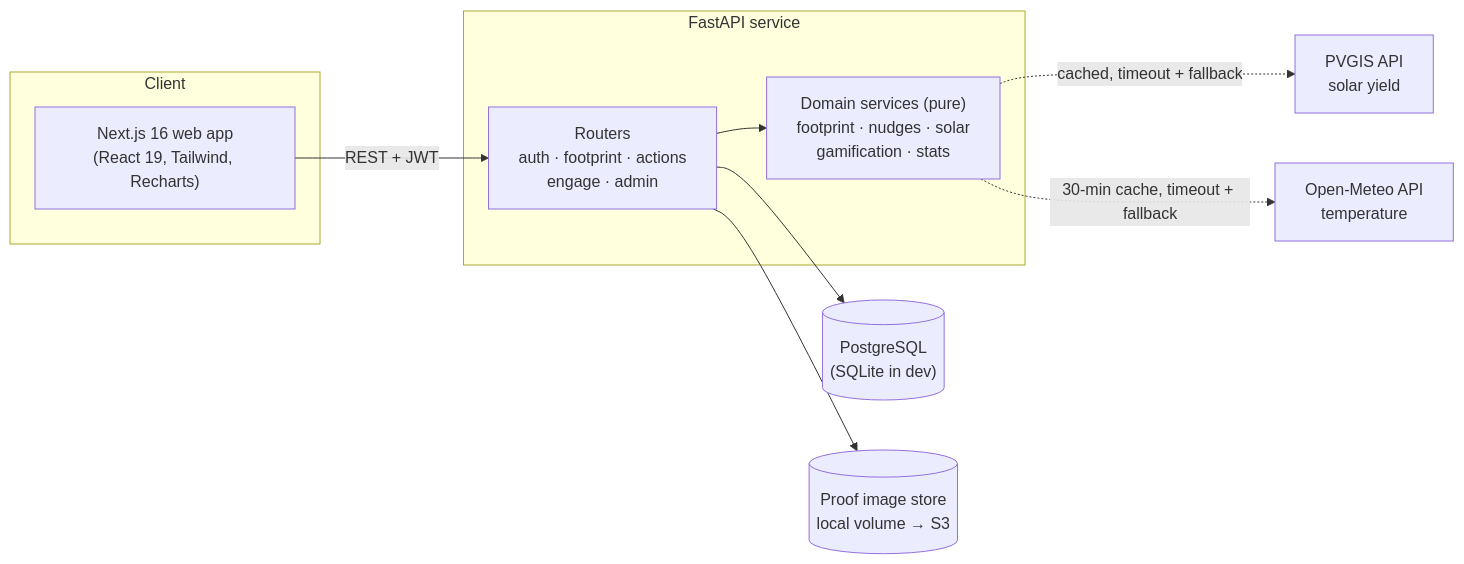
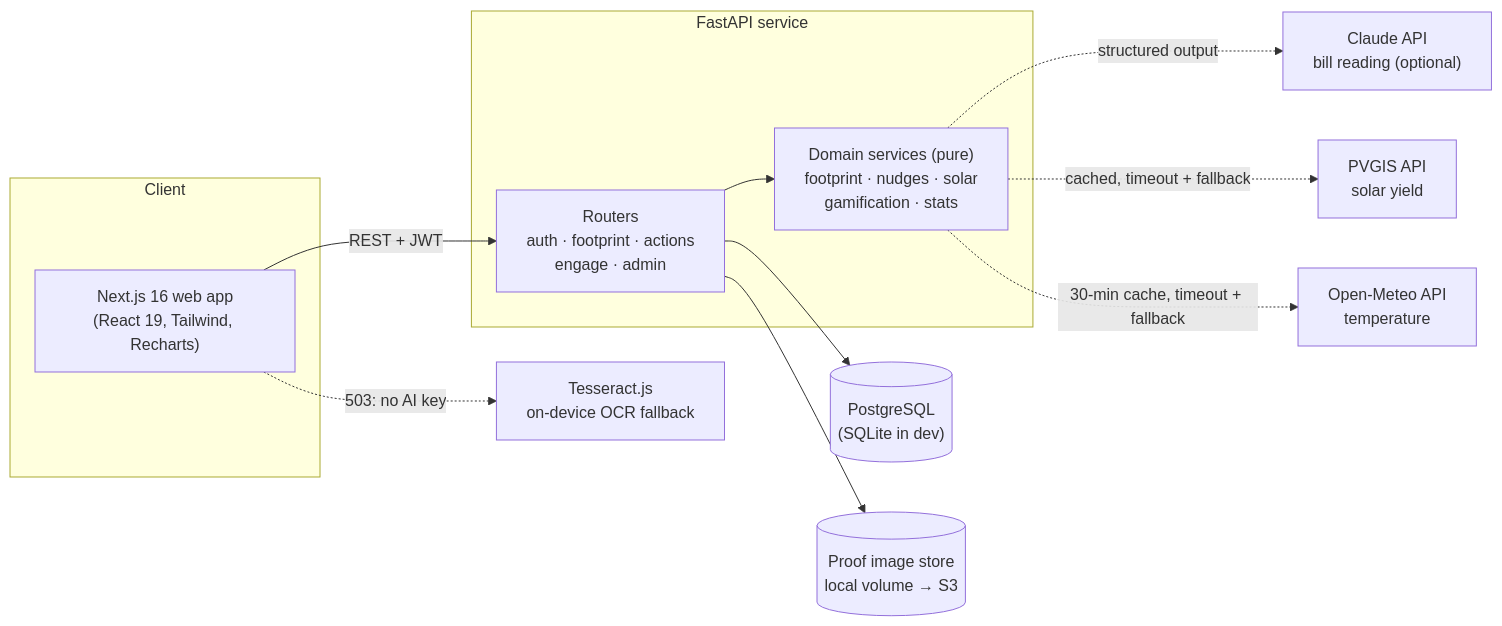
One commit to neevmodh/LiFEline changed the first of 2 diagrams in README.md. Above: the diagram before and after it, drawn with Mermaid. The commit also changed other lines of this file and 23 other files, not shown here.

````diff
--- a/README.md
+++ b/README.md
@@ -20,21 +21,25 @@
 ```mermaid
 flowchart LR
     subgraph Client
         W["Next.js 16 web app<br/>(React 19, Tailwind, Recharts)"]
     end
     subgraph API["FastAPI service"]
         R["Routers<br/>auth · footprint · actions<br/>engage · admin"]
         S["Domain services (pure)<br/>footprint · nudges · solar<br/>gamification · stats"]
         R --> S
     end
     DB[("PostgreSQL<br/>(SQLite in dev)")]
     FS[("Proof image store<br/>local volume → S3")]
     PV["PVGIS API<br/>solar yield"]
     OM["Open-Meteo API<br/>temperature"]
+    CL["Claude API<br/>bill reading (optional)"]
+    OCR["Tesseract.js<br/>on-device OCR fallback"]
 
     W -- "REST + JWT" --> R
+    W -. "503: no AI key" .-> OCR
+    S -. "structured output" .-> CL
     R --> DB
     R --> FS
     S -. "cached, timeout + fallback" .-> PV
     S -. "30-min cache, timeout + fallback" .-> OM
 ```
````
